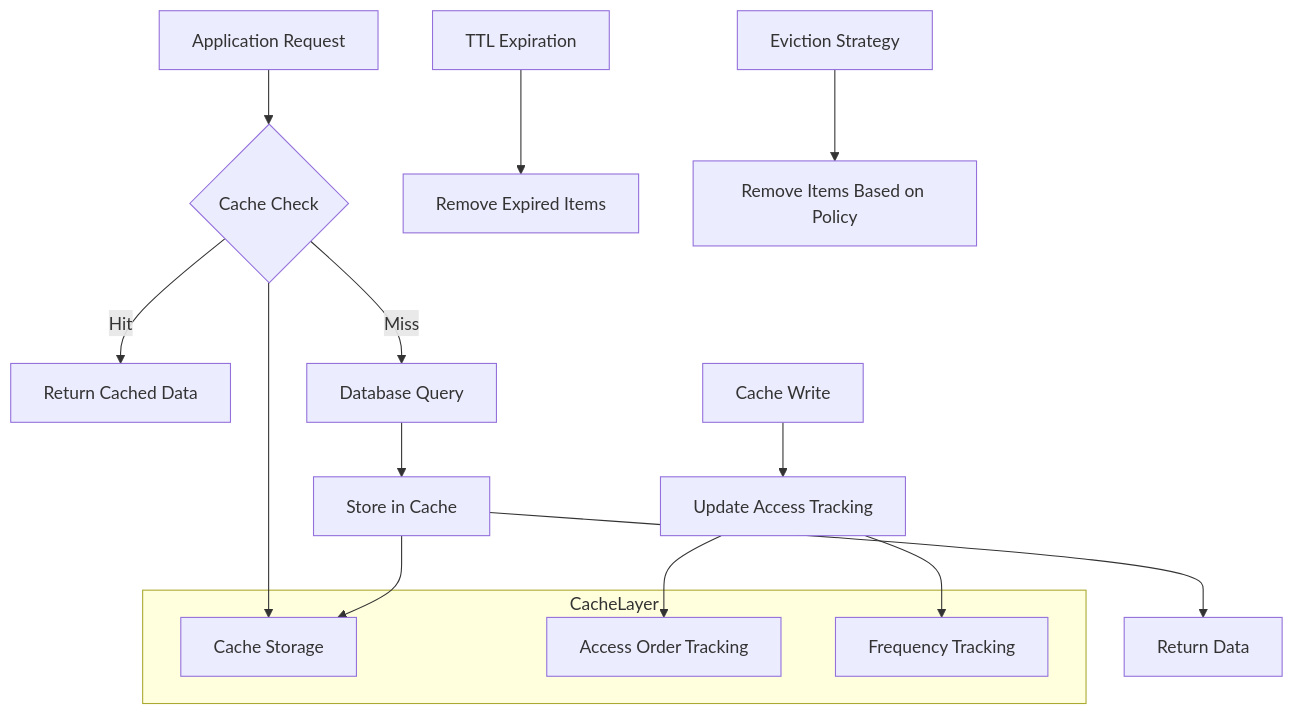
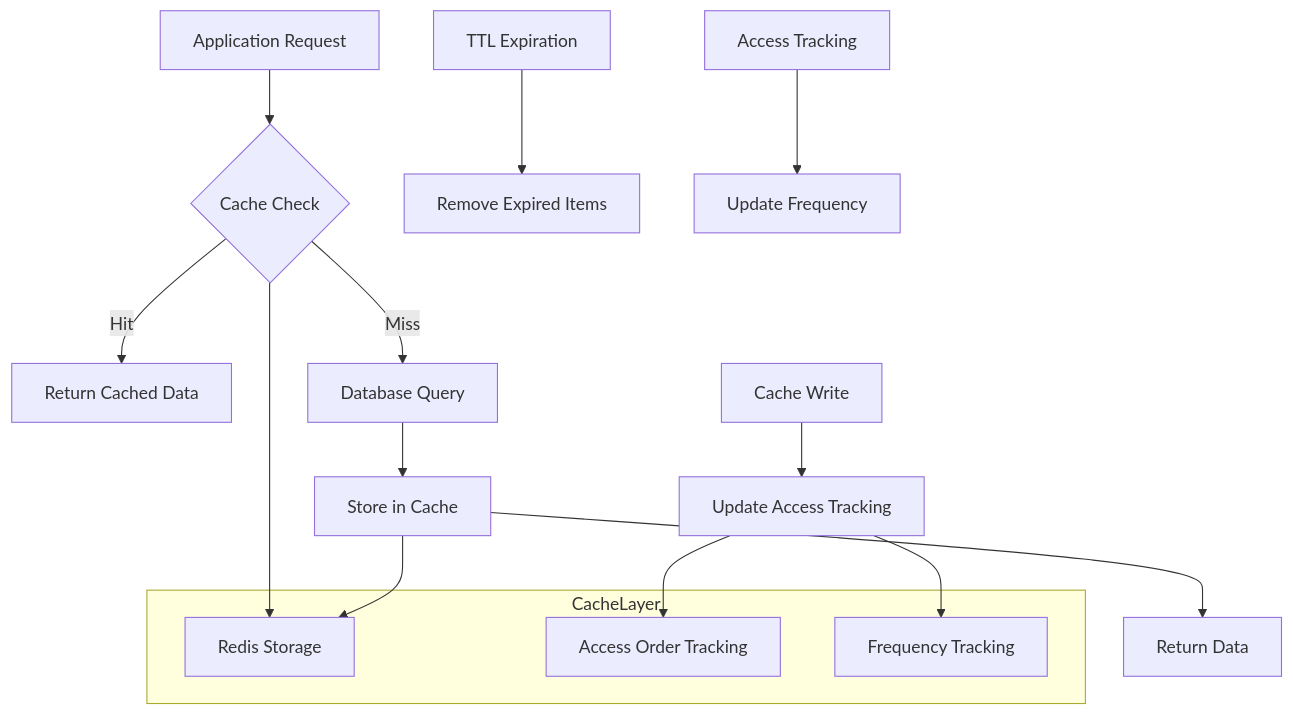
The fifth of 7 diagrams in .qoder/repowiki/en/content/Memory System/Memory System.md (fenghaitao/claude-flow), drawn with Mermaid before and after one commit. The commit also changed other lines of this file and 12 other files, not shown here.

````diff
--- a/.qoder/repowiki/en/content/Memory System/Memory System.md
+++ b/.qoder/repowiki/en/content/Memory System/Memory System.md
@@ -242,20 +318,20 @@
 ```mermaid
 flowchart TD
 A[Application Request] --> B{Cache Check}
 B --> |Hit| C[Return Cached Data]
 B --> |Miss| D[Database Query]
 D --> E[Store in Cache]
 E --> F[Return Data]
 G[TTL Expiration] --> H[Remove Expired Items]
-I[Eviction Strategy] --> J[Remove Items Based on Policy]
+I[Access Tracking] --> J[Update Frequency]
 K[Cache Write] --> L[Update Access Tracking]
 subgraph CacheLayer
-M[Cache Storage]
+M[Redis Storage]
 N[Access Order Tracking]
 O[Frequency Tracking]
 end
 B --> M
 E --> M
 L --> N
 L --> O
 ```
````
